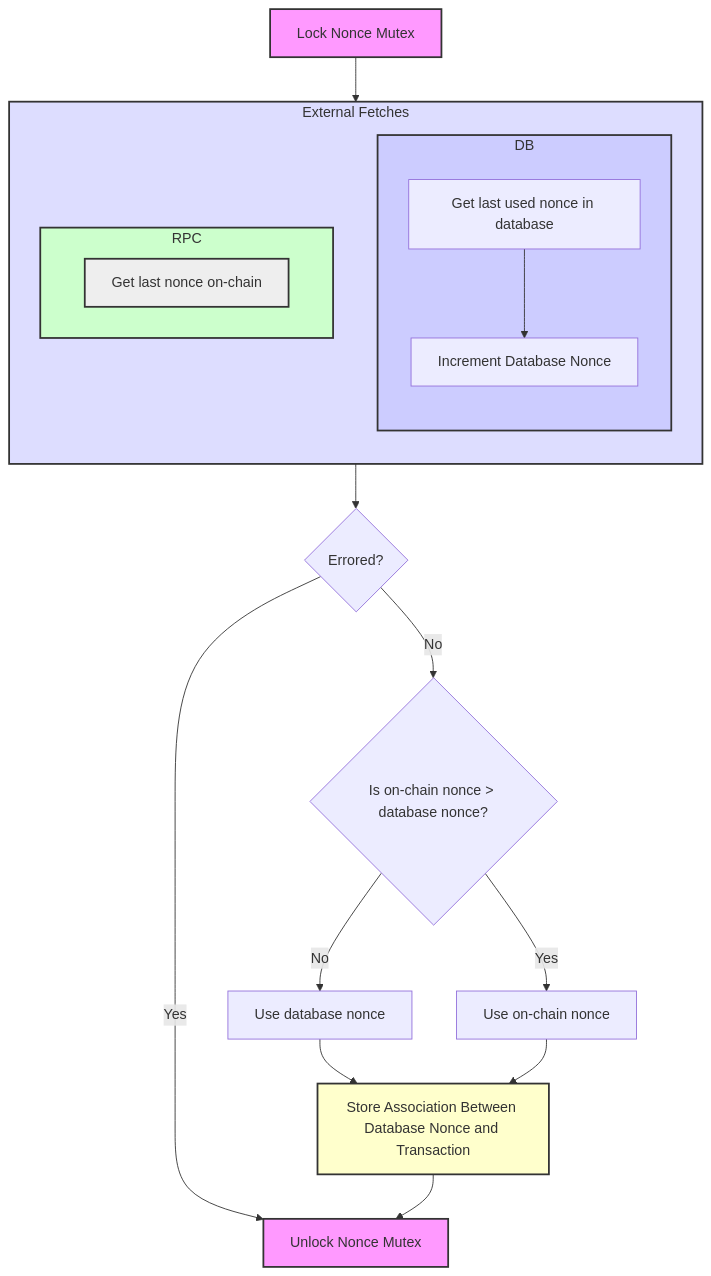
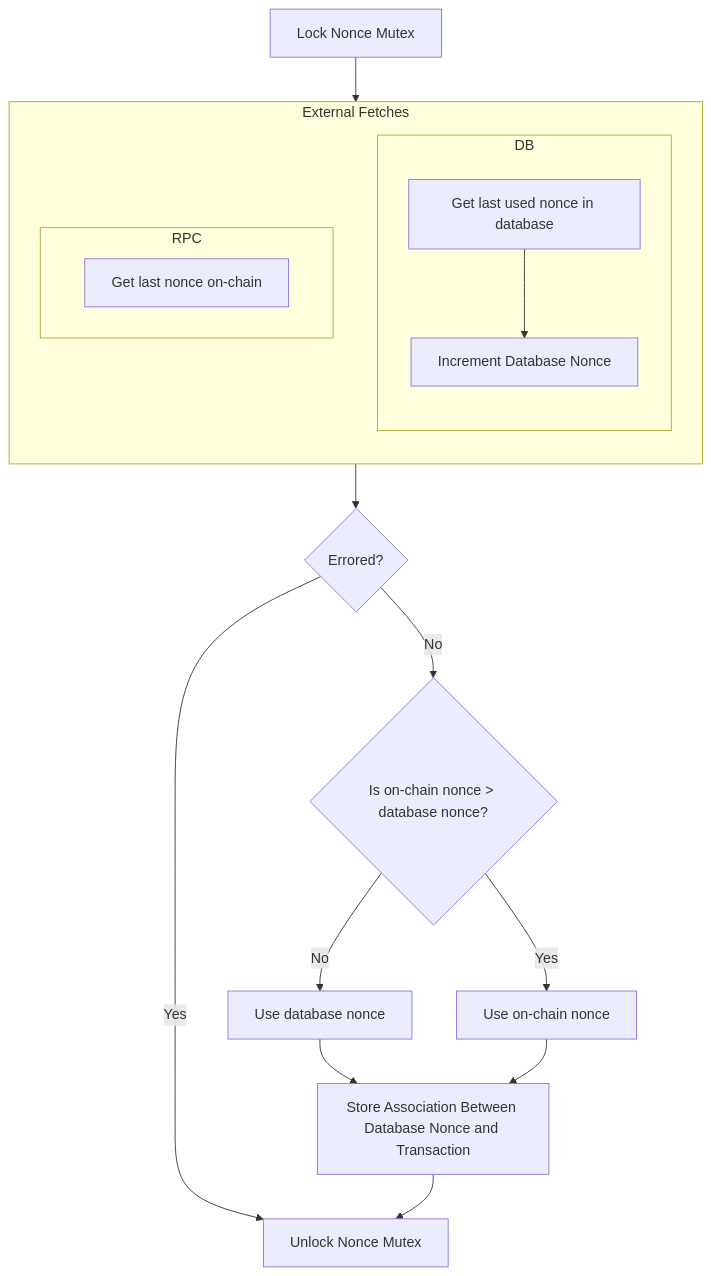
One commit to synapsecns/sanguine changed the diagram in ethergo/submitter/README.md. Above: the diagram before and after it, drawn with Mermaid. The commit also changed 5 other files, not shown here.

````diff
--- a/ethergo/submitter/README.md
+++ b/ethergo/submitter/README.md
@@ -14,33 +14,34 @@
 ```mermaid
+%% Note: Style doesn't look as good in dark mode so isabled for now
 graph TB
-    style Locker fill:#f9f,stroke:#333,stroke-width:2px;
-    style Fetch DB, RPC, Stored, Unlock, Errored, C, D, E fill:#fff,stroke:#333,stroke-width:2px;
-    style A fill:#eee,stroke:#333,stroke-width:2px;
+    %% style Locker fill:#f9f,stroke:#333,stroke-width:2px;
+    %% style Fetch DB, RPC, Stored, Unlock, Errored, C, D, E fill:#fff,stroke:#333,stroke-width:2px;
+    %% style A fill:#eee,stroke:#333,stroke-width:2px;
 
     Locker[Lock Nonce Mutex] --> Fetch
     subgraph Fetch [External Fetches ]
         direction TB
         subgraph DB
             direction TB
             B[Get last used nonce in database] --> F[Increment Database Nonce]
         end
-        style DB fill:#ccf,stroke:#333,stroke-width:2px;
-        style RPC fill:#cfc,stroke:#333,stroke-width:2px;
+        %% style DB fill:#ccf,stroke:#333,stroke-width:2px;
+        %% style RPC fill:#cfc,stroke:#333,stroke-width:2px;
         subgraph RPC
             A[Get last nonce on-chain]
         end
     end
-    style Fetch fill:#ddf,stroke:#333,stroke-width:2px;
+    %% style Fetch fill:#ddf,stroke:#333,stroke-width:2px;
     Fetch --> Errored
     Errored{Errored?} -- Yes -->  Unlock
     Errored{Errored?} -- No -->  C
     E --> Stored
     D --> Stored
     Stored --> Unlock
     Stored[Store Association Between Database Nonce and Transaction]
-    style Stored fill:#ffc,stroke:#333,stroke-width:2px;
+    %% style Stored fill:#ffc,stroke:#333,stroke-width:2px;
     Unlock[Unlock Nonce Mutex]
-    style Unlock fill:#f9f,stroke:#333,stroke-width:2px;
+    %% style Unlock fill:#f9f,stroke:#333,stroke-width:2px;
     C{Is on-chain nonce > database nonce?} -- Yes --> D[Use on-chain nonce]
     C -- No --> E[Use database nonce]
 ```
````
